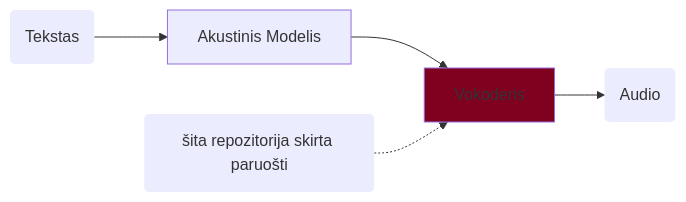
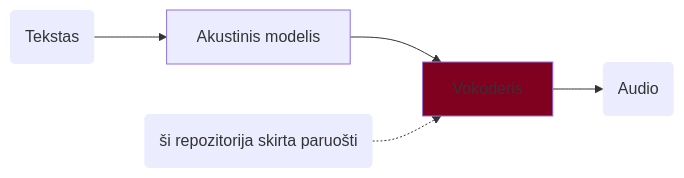
The diagram in egs/seg/voc1/README.lt.md (airenas/ParallelWaveGAN), drawn with Mermaid before and after one commit. The commit also changed other lines of this file and 1 other file, not shown here.

````diff
--- a/egs/seg/voc1/README.lt.md
+++ b/egs/seg/voc1/README.lt.md
@@ -16,15 +19,14 @@
 ```mermaid
 flowchart LR
-    A(Tekstas) --> B[Akustinis Modelis]
+    A(Tekstas) --> B[Akustinis modelis]
     B --> C[Vokoderis]
     C --> D(Audio)
     
     style C fill:#800020
     style A stroke:none
     style D stroke:none
 
-    
-    note(šita repozitorija skirta paruošti)
+    note(ši repozitorija skirta paruošti)
     note -.-> C
     style note stroke:none
 ```
````
